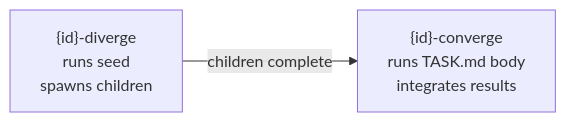
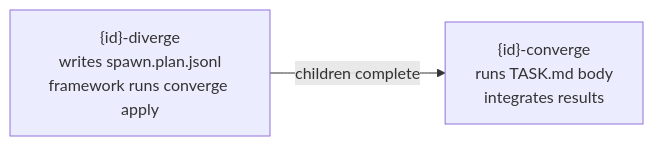
Before and after one commit to openplaybooks-dev/converge: the diagram in docs/concepts/convergence.md, drawn with Mermaid. The commit also changed other lines of this file and 8 other files, not shown here.

First line of the commit message:
docs: replace seed terminology with RFC 0022 task modes

````diff
--- a/docs/concepts/convergence.md
+++ b/docs/concepts/convergence.md
@@ -54,4 +54,4 @@
 ```mermaid
 graph LR
-    D["{id}-diverge<br/>runs seed<br/>spawns children"] -->|"children complete"| C["{id}-converge<br/>runs TASK.md body<br/>integrates results"]
+    D["{id}-diverge<br/>writes spawn.plan.jsonl<br/>framework runs converge apply"] -->|"children complete"| C["{id}-converge<br/>runs TASK.md body<br/>integrates results"]
 ```
````
